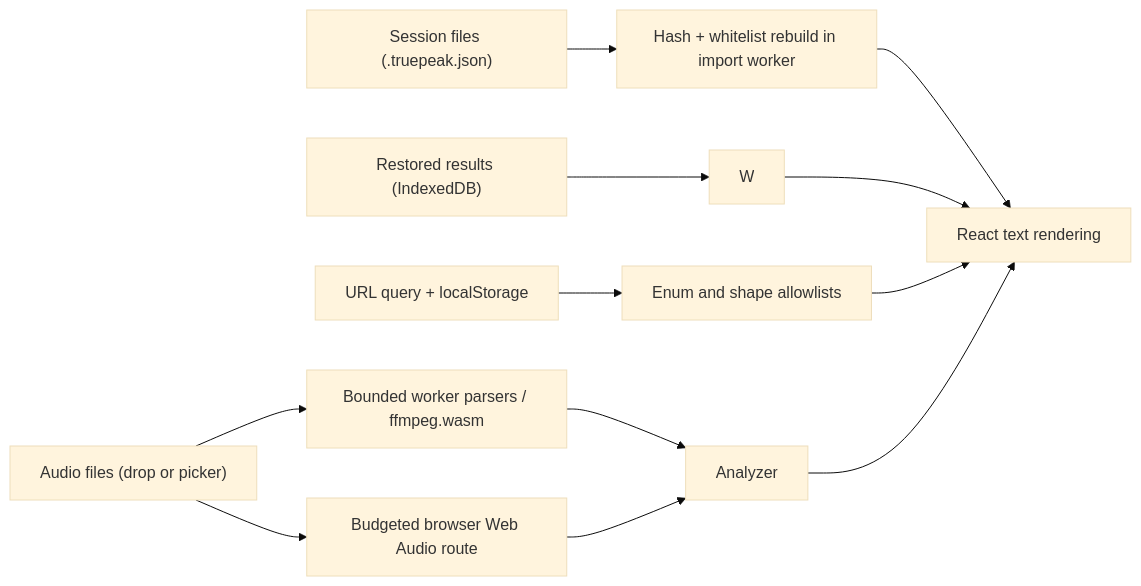
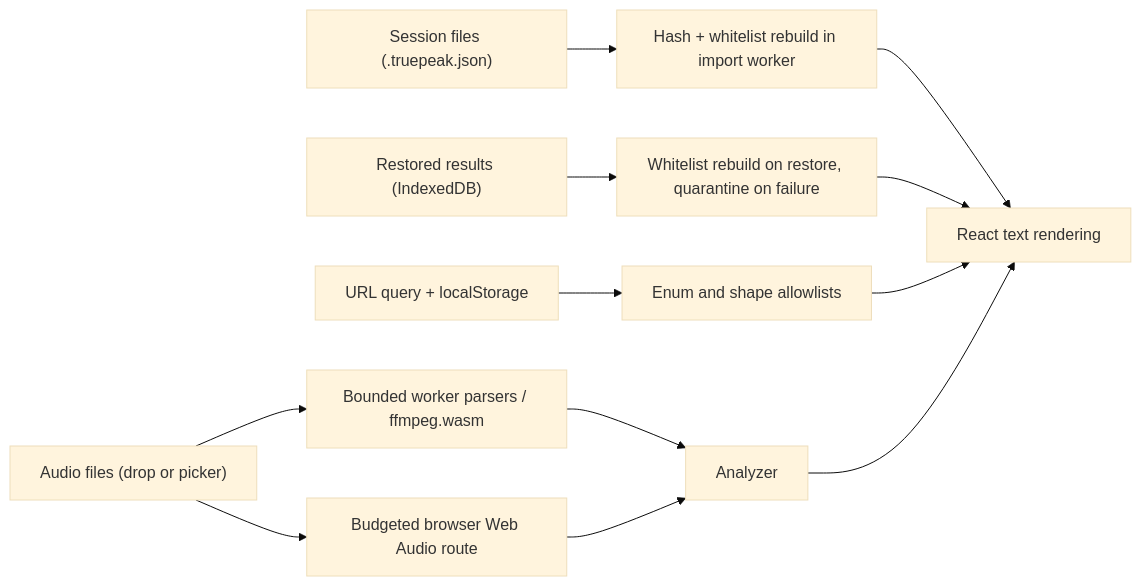
The diagram in SECURITY.md (rsvptr/truepeak), drawn with Mermaid (base theme) before and after one commit. The commit also changed other lines of this file and 36 other files, not shown here.

````diff
--- a/SECURITY.md
+++ b/SECURITY.md
@@ -45,14 +45,14 @@
 ```mermaid
 flowchart LR
     A["Audio files (drop or picker)"] --> P["Bounded worker parsers / ffmpeg.wasm"]
     A --> BA["Budgeted browser Web Audio route"]
     B["Session files (.truepeak.json)"] --> SW["Hash + whitelist rebuild in import worker"]
-    C["Restored results (IndexedDB)"] --> W
+    C["Restored results (IndexedDB)"] --> W["Whitelist rebuild on restore, quarantine on failure"]
     D["URL query + localStorage"] --> E["Enum and shape allowlists"]
     P --> F["Analyzer"]
     BA --> F
     SW --> G["React text rendering"]
     W --> G["React text rendering"]
     E --> G
     F --> G
 ```
````
